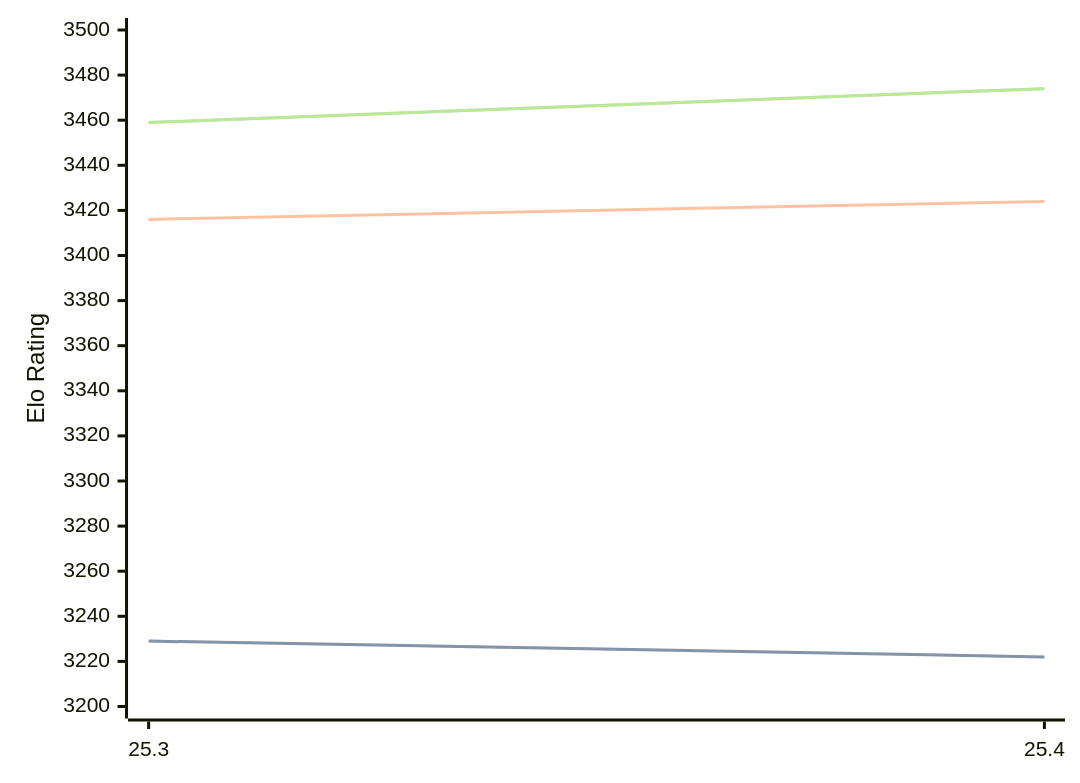
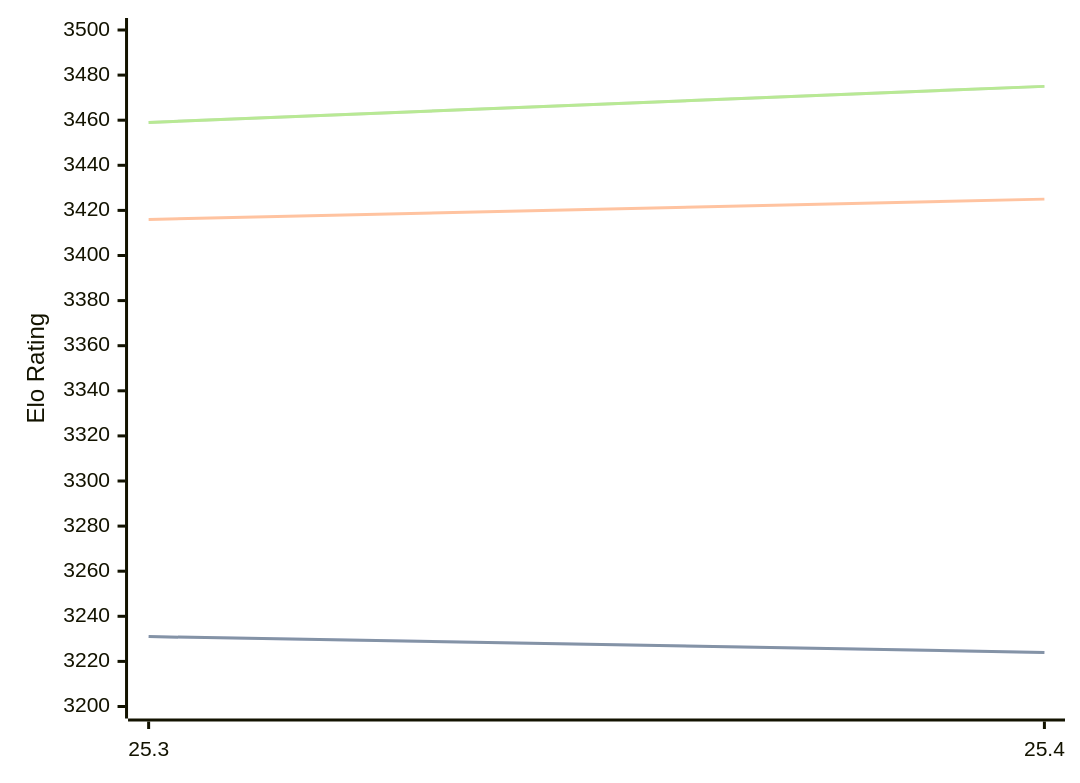
The diagram in engines/Arasan.md (computer-chess-index/cci), drawn with Mermaid before and after one commit. The commit also changed other lines of this file, not shown here.

Commit message:
Update CCI Ratings (ELO VLTC) - 2026-05-21

````diff
--- a/engines/Arasan.md
+++ b/engines/Arasan.md
@@ -33,11 +33,11 @@
 ```mermaid
 %%{init: {"theme":"base","themeVariables":{"seriesColors:['#a3a3a3','#222221','#faa371']}}}%%
 xychart-beta
   x-axis ["25.3", "25.4"]
   y-axis "Elo Rating" 3200 --> 3500
-  line "STC (8.0+0.08s)" [3229, 3222]
-  line "STC (8.0+0.08s)" [3229, 3222]
-  line "LTC (60.0+0.60s)" [3416, 3424]
-  line "VLTC (2m24s+1.12s)" [3459, 3474]
-  line "VLTC (2m24s+1.12s)" [3459, 3474]
+  line "STC (8.0+0.08s)" [3231, 3224]
+  line "STC (8.0+0.08s)" [3231, 3224]
+  line "LTC (60.0+0.60s)" [3416, 3425]
+  line "VLTC (2m24s+1.12s)" [3459, 3475]
+  line "VLTC (2m24s+1.12s)" [3459, 3475]
 ```
````
